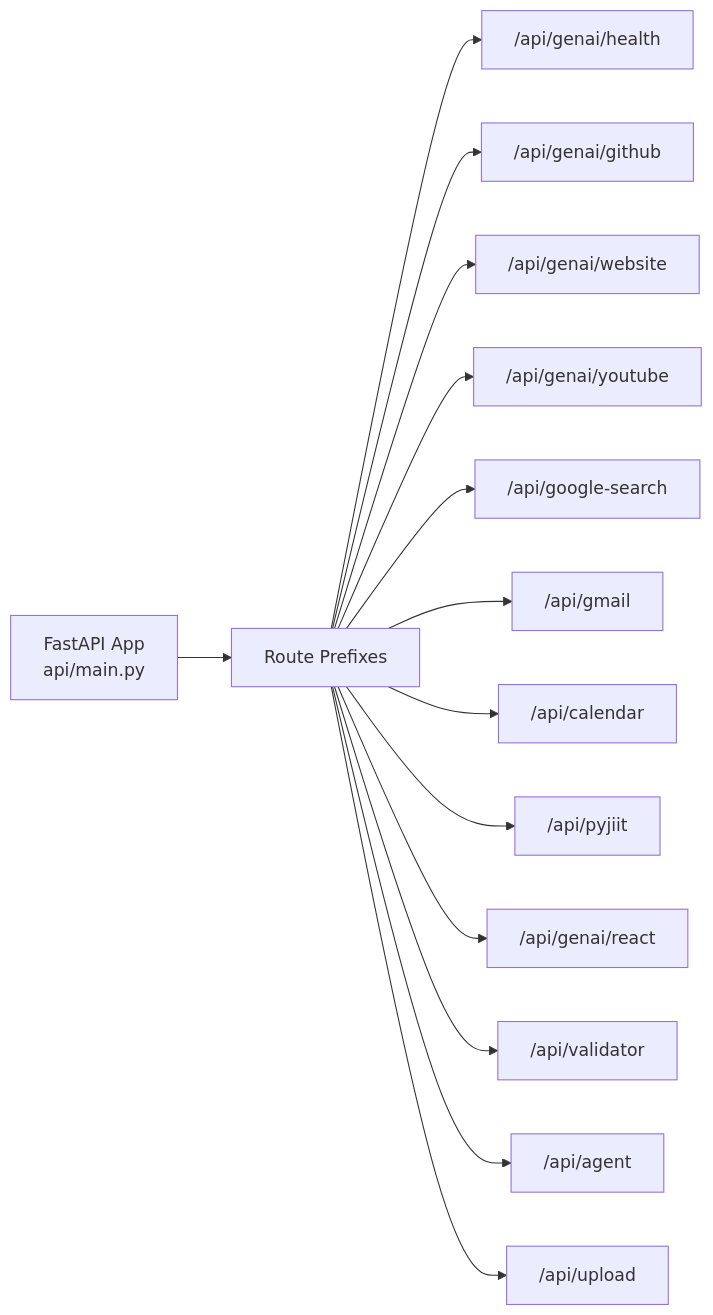
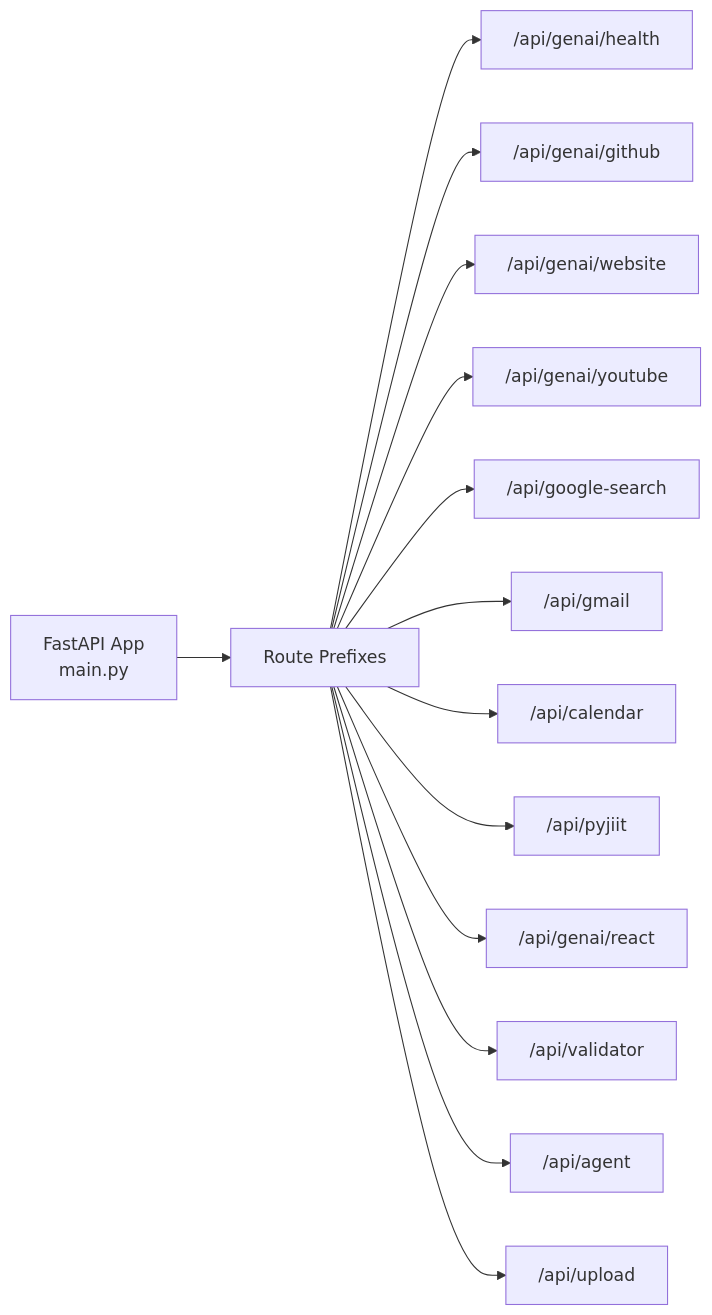
The third of 10 diagrams in src/data/docs/agentic-browser/System Architecture/Backend Server Design.md (tashifkhan/tashif.codes), drawn with Mermaid before and after one commit. The commit also changed other lines of this file and 2128 other files, not shown here.

First line of the commit message:
docs: replace raster diagram images with native Mermaid across project guides

````diff
--- a/src/data/docs/agentic-browser/System Architecture/Backend Server Design.md
+++ b/src/data/docs/agentic-browser/System Architecture/Backend Server Design.md
@@ -81,16 +80,16 @@
 ```mermaid
 graph LR
-App["FastAPI App<br/>api/main.py"] --> Prefixes["Route Prefixes"]
+App["FastAPI App<br/>main.py"] --> Prefixes["Route Prefixes"]
 Prefixes --> H["/api/genai/health"]
 Prefixes --> G["/api/genai/github"]
 Prefixes --> W["/api/genai/website"]
 Prefixes --> Y["/api/genai/youtube"]
 Prefixes --> GS["/api/google-search"]
 Prefixes --> GM["/api/gmail"]
 Prefixes --> C["/api/calendar"]
 Prefixes --> P["/api/pyjiit"]
 Prefixes --> RA["/api/genai/react"]
 Prefixes --> V["/api/validator"]
 Prefixes --> A["/api/agent"]
 Prefixes --> U["/api/upload"]
 ```
````
